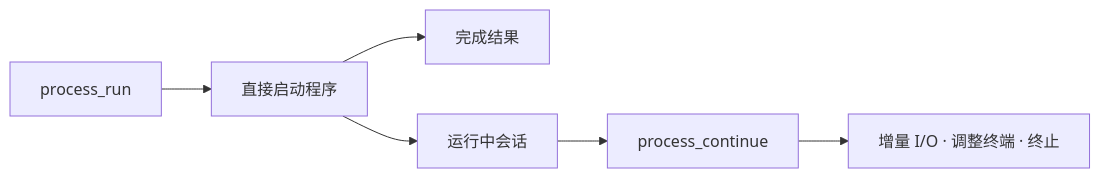
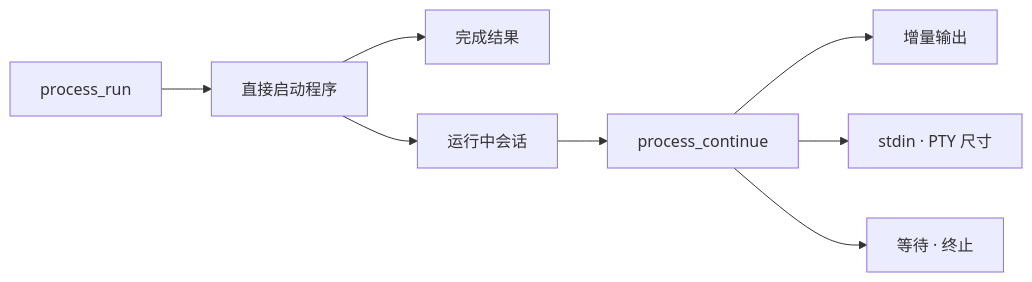
Before and after one commit to hicancan/local-runtime-mcp: the third of 7 diagrams in README.zh-CN.md, drawn with Mermaid. The commit also changed other lines of this file and 21 other files, not shown here.

````diff
--- a/README.zh-CN.md
+++ b/README.zh-CN.md
@@ -109,8 +153,10 @@
 ```mermaid
 flowchart LR
-    RUN[process_run] --> EXEC[直接启动程序]
-    EXEC --> DONE[完成结果]
-    EXEC --> SESSION[运行中会话]
-    SESSION --> CONT[process_continue]
-    CONT --> IO[增量 I/O · 调整终端 · 终止]
+    RUN[process_run] --> START[直接启动程序]
+    START --> COMPLETE[完成结果]
+    START --> SESSION[运行中会话]
+    SESSION --> CONTINUE[process_continue]
+    CONTINUE --> STREAM[增量输出]
+    CONTINUE --> INPUT[stdin · PTY 尺寸]
+    CONTINUE --> LIFE[等待 · 终止]
 ```
````
